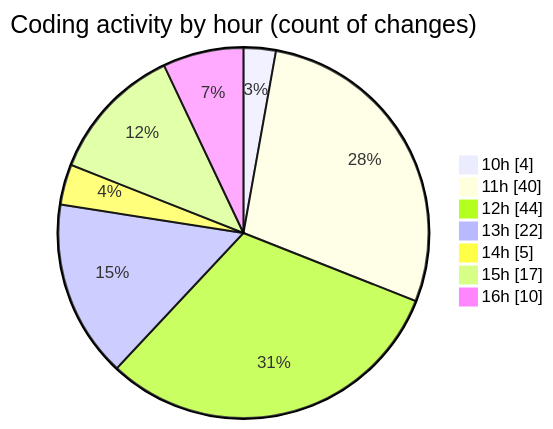
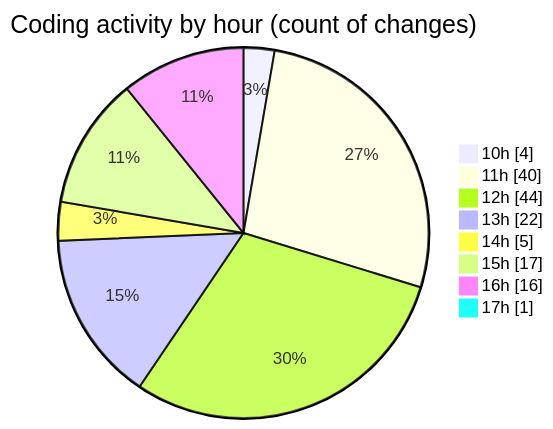
Before and after one commit to nxtqubesakshisongat/code-tracking: the second of 2 diagrams in 2025-07-28/nxtqube_webapp/README.md, drawn with Mermaid. The commit also changed other lines of this file and 1 other file, not shown here.

````diff
--- a/2025-07-28/nxtqube_webapp/README.md
+++ b/2025-07-28/nxtqube_webapp/README.md
@@ -56,11 +56,12 @@
 ```mermaid
 pie showData
 title Coding activity by hour (count of changes)
 "10h" : 4
 "11h" : 40
 "12h" : 44
 "13h" : 22
 "14h" : 5
 "15h" : 17
-"16h" : 10
+"16h" : 16
+"17h" : 1
 ```
````
